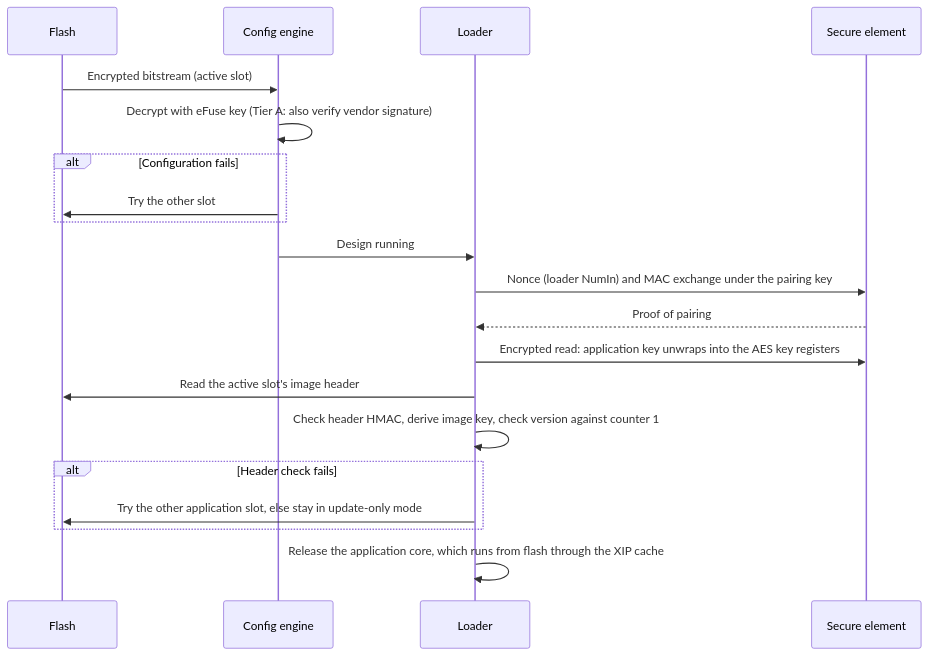
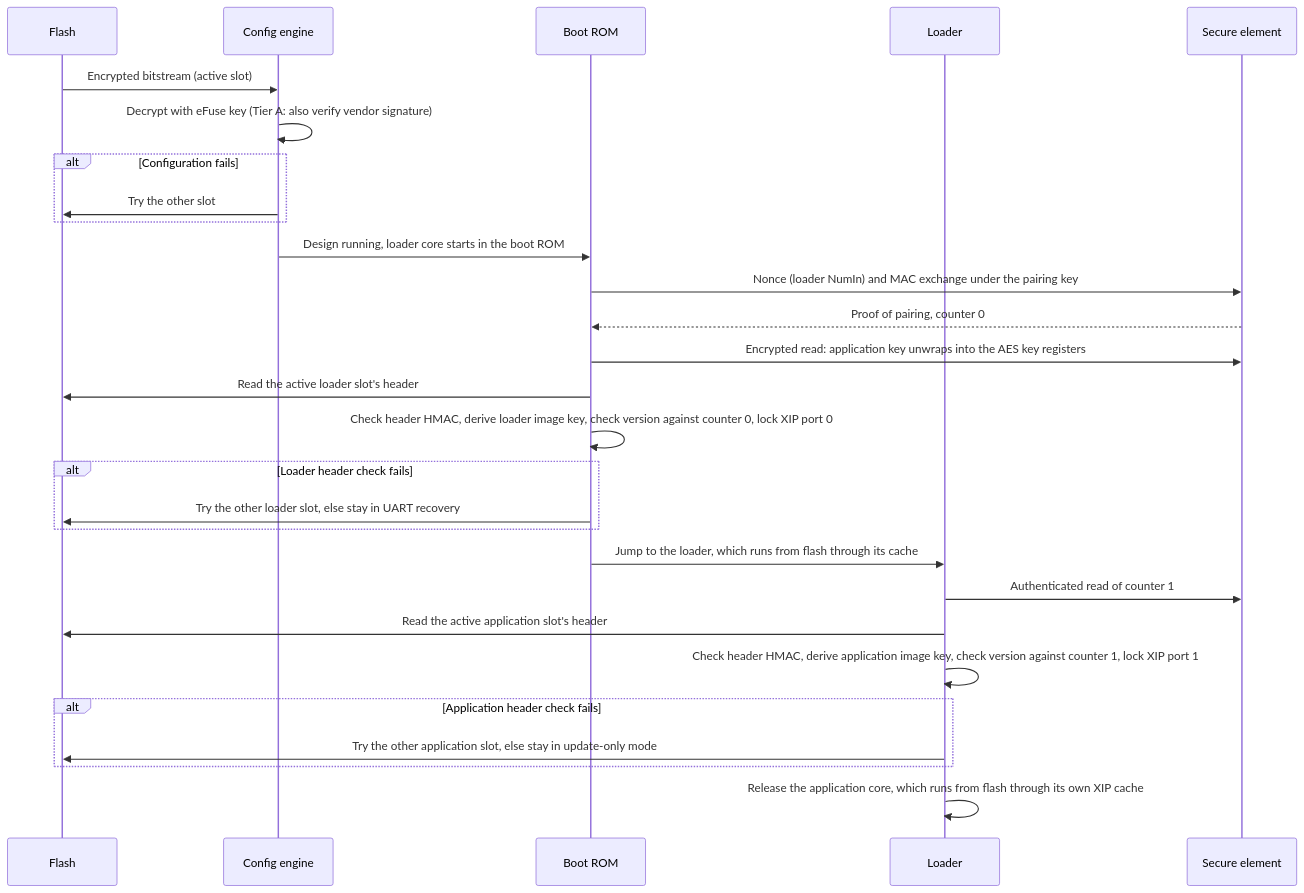
One commit to bradleyeckert/thriller changed the fifth of 7 diagrams in doc/fda.md. Above: the diagram before and after it, drawn with Mermaid. The commit also changed other lines of this file and 3 other files, not shown here.

First line of the commit message:
README, arch, fda: platform = bitstream + updatable loader under counter 0; boot ROM stage; per-board loader packages; document index

````diff
--- a/doc/fda.md
+++ b/doc/fda.md
@@ -229,22 +229,30 @@
 ```mermaid
 sequenceDiagram
   participant F as Flash
   participant CE as Config engine
+  participant B as Boot ROM
   participant L as Loader
   participant SE as Secure element
   F->>CE: Encrypted bitstream (active slot)
   CE->>CE: Decrypt with eFuse key (Tier A: also verify vendor signature)
   alt Configuration fails
     CE->>F: Try the other slot
   end
-  CE->>L: Design running
-  L->>SE: Nonce (loader NumIn) and MAC exchange under the pairing key
-  SE-->>L: Proof of pairing
-  L->>SE: Encrypted read: application key unwraps into the AES key registers
-  L->>F: Read the active slot's image header
-  L->>L: Check header HMAC, derive image key, check version against counter 1
-  alt Header check fails
+  CE->>B: Design running, loader core starts in the boot ROM
+  B->>SE: Nonce (loader NumIn) and MAC exchange under the pairing key
+  SE-->>B: Proof of pairing, counter 0
+  B->>SE: Encrypted read: application key unwraps into the AES key registers
+  B->>F: Read the active loader slot's header
+  B->>B: Check header HMAC, derive loader image key, check version against counter 0, lock XIP port 0
+  alt Loader header check fails
+    B->>F: Try the other loader slot, else stay in UART recovery
+  end
+  B->>L: Jump to the loader, which runs from flash through its cache
+  L->>SE: Authenticated read of counter 1
+  L->>F: Read the active application slot's header
+  L->>L: Check header HMAC, derive application image key, check version against counter 1, lock XIP port 1
+  alt Application header check fails
     L->>F: Try the other application slot, else stay in update-only mode
   end
-  L->>L: Release the application core, which runs from flash through the XIP cache
+  L->>L: Release the application core, which runs from flash through its own XIP cache
 ```
````
